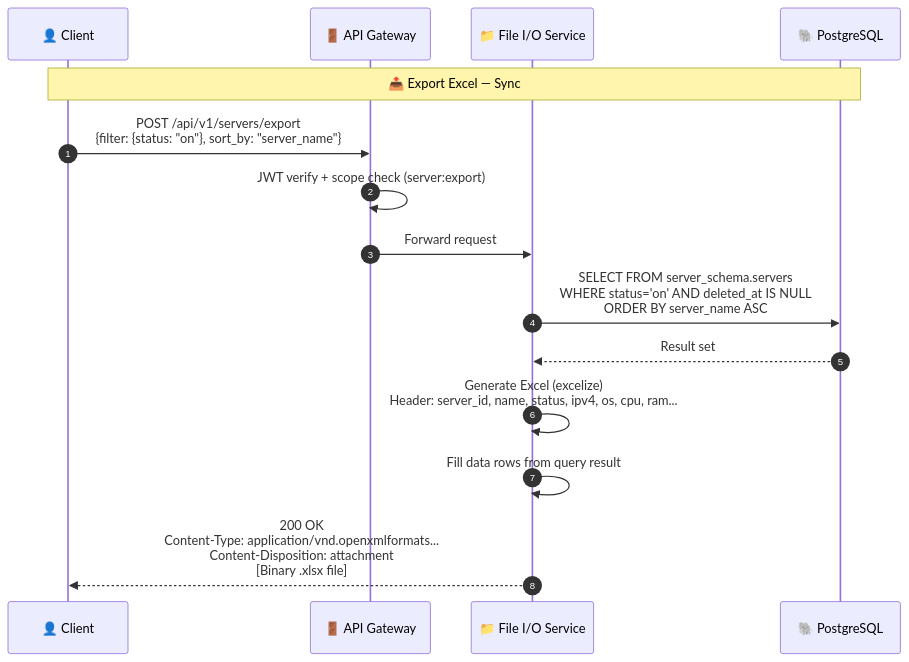
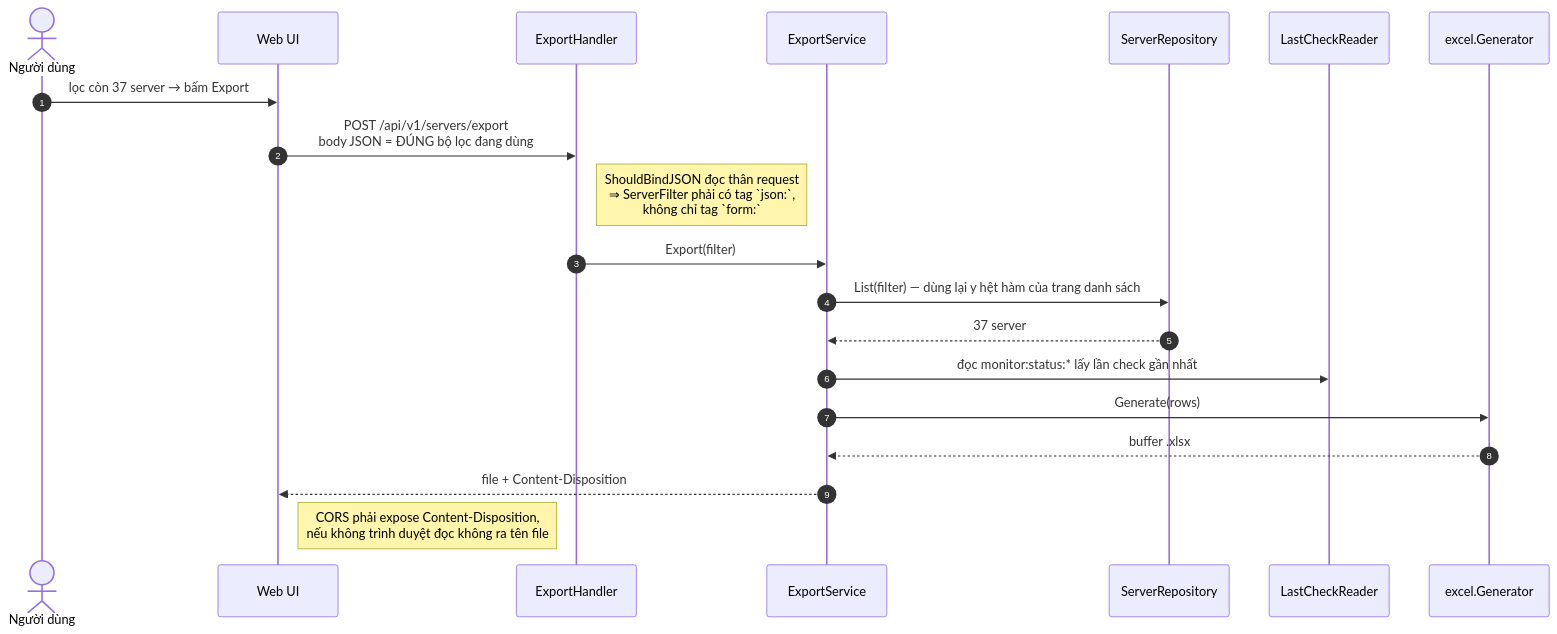
The sixth of 9 diagrams in .claude/diagrams/sequence-diagrams.md (dwchwang/sms_microservice), drawn with Mermaid before and after one commit. The commit also changed other lines of this file and 21 other files, not shown here.

Commit message:
feat: add Excel report generation and email attachment functionality

````diff
--- a/.claude/diagrams/sequence-diagrams.md
+++ b/.claude/diagrams/sequence-diagrams.md
@@ -139,22 +313,23 @@
 ```mermaid
 sequenceDiagram
     autonumber
-    participant Client as 👤 Client
-    participant GW as 🚪 API Gateway
-    participant FileIO as 📁 File I/O Service
-    participant PG as 🐘 PostgreSQL
+    actor U as Người dùng
+    participant W as Web UI
+    participant E as ExportHandler
+    participant S as ExportService
+    participant R as ServerRepository
+    participant LC as LastCheckReader
+    participant G as excel.Generator
 
-    Note over Client,PG: 📤 Export Excel — Sync
-
-    Client->>GW: POST /api/v1/servers/export<br/>{filter: {status: "on"}, sort_by: "server_name"}
-    GW->>GW: JWT verify + scope check (server:export)
-    GW->>FileIO: Forward request
-
-    FileIO->>PG: SELECT FROM server_schema.servers<br/>WHERE status='on' AND deleted_at IS NULL<br/>ORDER BY server_name ASC
-    PG-->>FileIO: Result set
-
-    FileIO->>FileIO: Generate Excel (excelize)<br/>Header: server_id, name, status, ipv4, os, cpu, ram...
-    FileIO->>FileIO: Fill data rows from query result
-
-    FileIO-->>Client: 200 OK<br/>Content-Type: application/vnd.openxmlformats...<br/>Content-Disposition: attachment<br/>[Binary .xlsx file]
+    U->>W: lọc còn 37 server → bấm Export
+    W->>E: POST /api/v1/servers/export<br/>body JSON = ĐÚNG bộ lọc đang dùng
+    note right of E: ShouldBindJSON đọc thân request<br/>⇒ ServerFilter phải có tag `json:`,<br/>không chỉ tag `form:`
+    E->>S: Export(filter)
+    S->>R: List(filter) — dùng lại y hệt hàm của trang danh sách
+    R-->>S: 37 server
+    S->>LC: đọc monitor:status:* lấy lần check gần nhất
+    S->>G: Generate(rows)
+    G-->>S: buffer .xlsx
+    S-->>W: file + Content-Disposition
+    note right of W: CORS phải expose Content-Disposition,<br/>nếu không trình duyệt đọc không ra tên file
 ```
````
